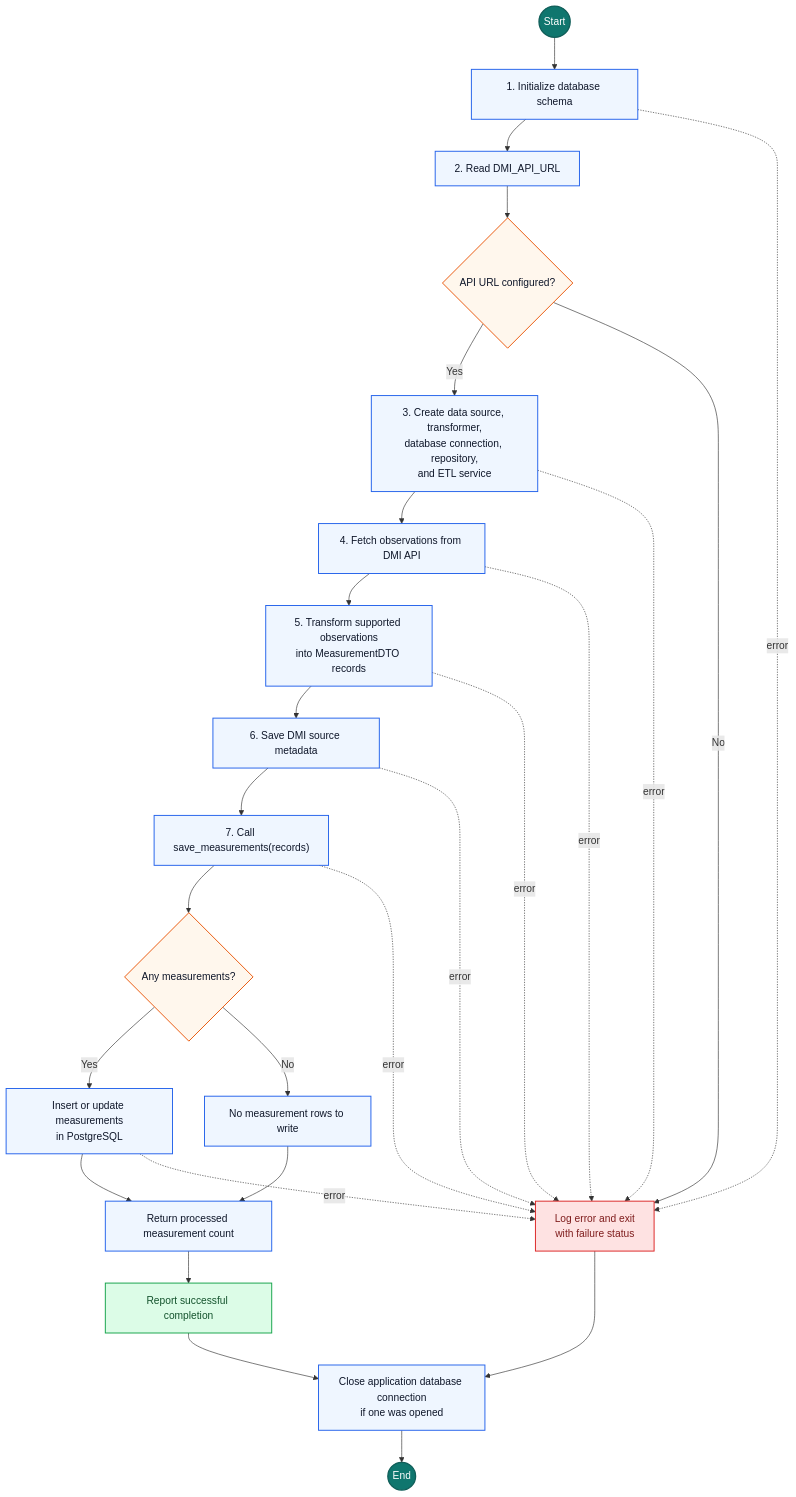
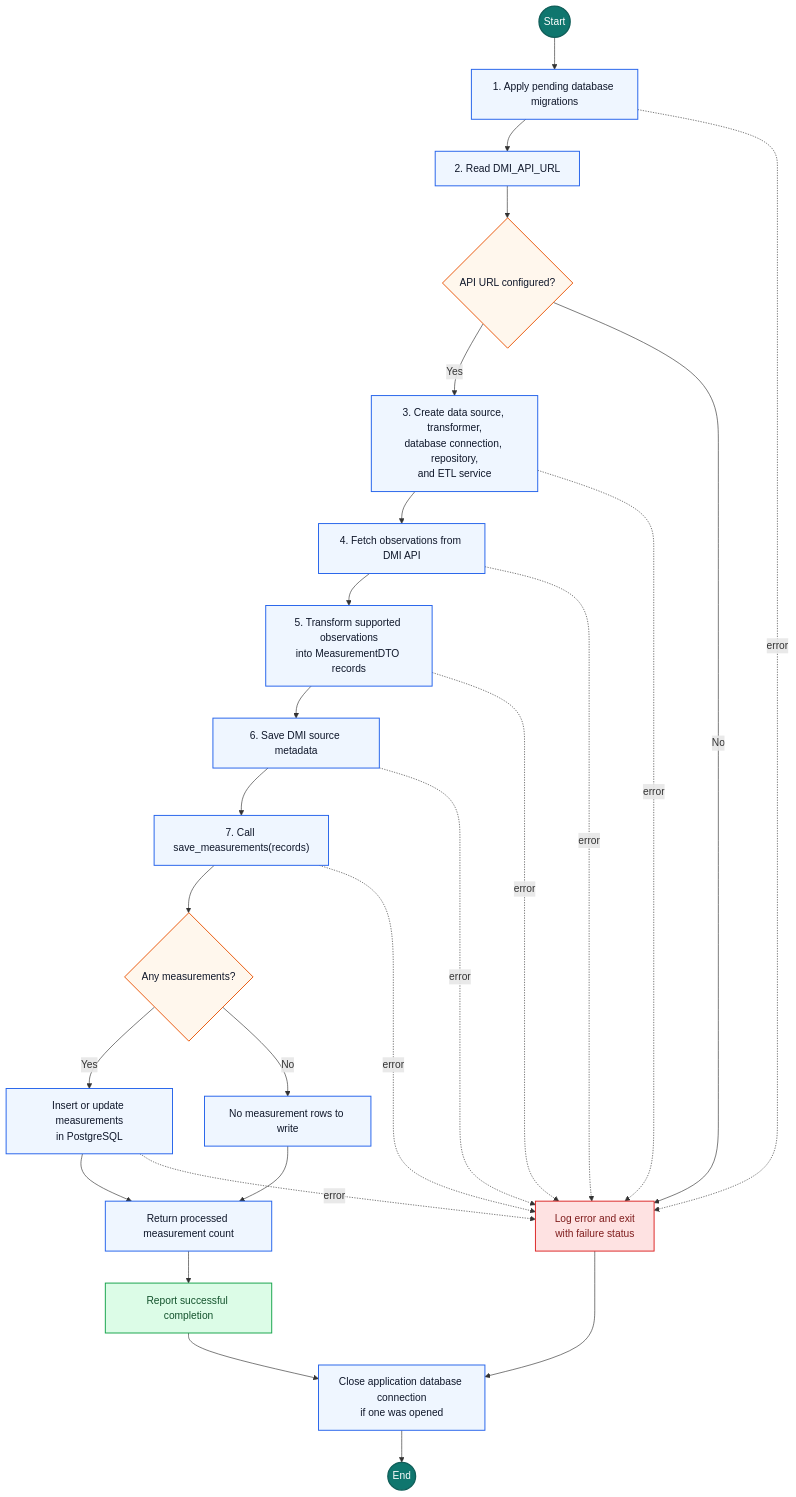
One commit to mielouise/environment_data_project changed the third of 4 diagrams in README.md. Above: the diagram before and after it, drawn with Mermaid. The commit also changed other lines of this file, not shown here.

````diff
--- a/README.md
+++ b/README.md
@@ -163,51 +300,51 @@
 ```mermaid
 flowchart TD
     Start((Start))
-    InitSchema["1. Initialize database schema"]
+    InitSchema["1. Apply pending database migrations"]
     ReadURL["2. Read DMI_API_URL"]
     HasURL{"API URL configured?"}
     BuildServices["3. Create data source, transformer,<br/>database connection, repository,<br/>and ETL service"]
     Fetch["4. Fetch observations from DMI API"]
     Transform["5. Transform supported observations<br/>into MeasurementDTO records"]
     SaveSource["6. Save DMI source metadata"]
     SaveMeasurements["7. Call save_measurements(records)"]
     HasRecords{"Any measurements?"}
     WriteRecords["Insert or update measurements<br/>in PostgreSQL"]
     NoRecords["No measurement rows to write"]
     Count["Return processed measurement count"]
     ReportSuccess["Report successful completion"]
     ReportFailure["Log error and exit<br/>with failure status"]
     Cleanup["Close application database connection<br/>if one was opened"]
     End((End))
 
     Start --> InitSchema --> ReadURL --> HasURL
     HasURL -->|Yes| BuildServices --> Fetch
     Transform --> SaveSource
     Fetch --> Transform
     SaveSource --> SaveMeasurements --> HasRecords
     HasRecords -->|Yes| WriteRecords --> Count
     HasRecords -->|No| NoRecords --> Count
     Count --> ReportSuccess --> Cleanup --> End
     HasURL -->|No| ReportFailure
     ReportFailure --> Cleanup
 
     InitSchema -. error .-> ReportFailure
     BuildServices -. error .-> ReportFailure
     Fetch -. error .-> ReportFailure
     Transform -. error .-> ReportFailure
     SaveSource -. error .-> ReportFailure
     SaveMeasurements -. error .-> ReportFailure
     WriteRecords -. error .-> ReportFailure
 
     classDef terminal fill:#0f766e,color:#ffffff,stroke:#115e59,stroke-width:2px
     classDef action fill:#eff6ff,color:#0f172a,stroke:#2563eb,stroke-width:1.5px
     classDef decision fill:#fff7ed,color:#0f172a,stroke:#ea580c,stroke-width:1.5px
     classDef success fill:#dcfce7,color:#14532d,stroke:#16a34a,stroke-width:1.5px
     classDef failure fill:#fee2e2,color:#7f1d1d,stroke:#dc2626,stroke-width:1.5px
 
     class Start,End terminal
     class InitSchema,ReadURL,BuildServices,Fetch,Transform,SaveSource,SaveMeasurements,WriteRecords,NoRecords,Count,Cleanup action
     class HasURL,HasRecords decision
     class ReportSuccess success
     class ReportFailure failure
 ```
````
